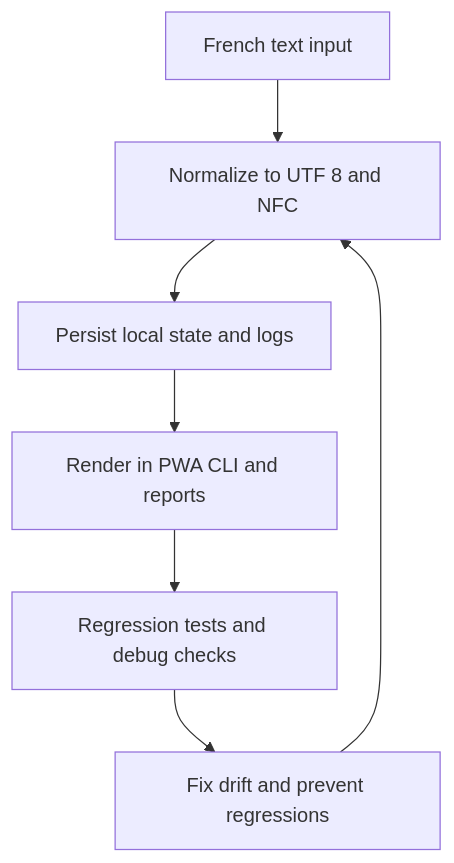
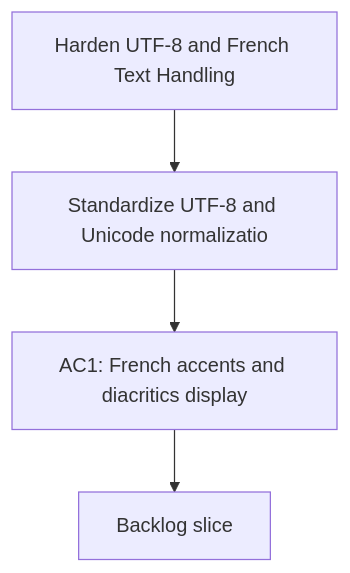
The diagram in logics/request/req_016_harden_utf_8_and_french_text_handling_end_to_end.md (Jilanos/Coach_garmin), drawn with Mermaid before and after one commit. The commit also changed 36 other files, not shown here.

````diff
--- a/logics/request/req_016_harden_utf_8_and_french_text_handling_end_to_end.md
+++ b/logics/request/req_016_harden_utf_8_and_french_text_handling_end_to_end.md
@@ -41,11 +41,8 @@
 ```mermaid
 %% logics-kind: request
 %% logics-signature: request|harden-utf-8-and-french-text-handling-en|standardize-utf-8-and-unicode-normalizat|ac1-french-accents-and-diacritics-displa
 flowchart TD
-    Trigger[French text input] --> Normalize[Normalize to UTF 8 and NFC]
-    Normalize --> Persist[Persist local state and logs]
-    Persist --> Render[Render in PWA CLI and reports]
-    Render --> Validate[Regression tests and debug checks]
-    Validate --> Fix[Fix drift and prevent regressions]
-    Fix --> Normalize
+    Trigger[Harden UTF-8 and French Text Handling] --> Need[Standardize UTF-8 and Unicode normalizatio]
+    Need --> Outcome[AC1: French accents and diacritics display]
+    Outcome --> Backlog[Backlog slice]
 ```
````
